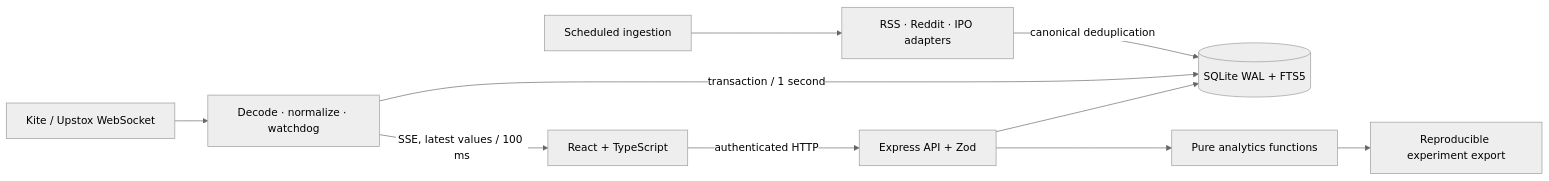
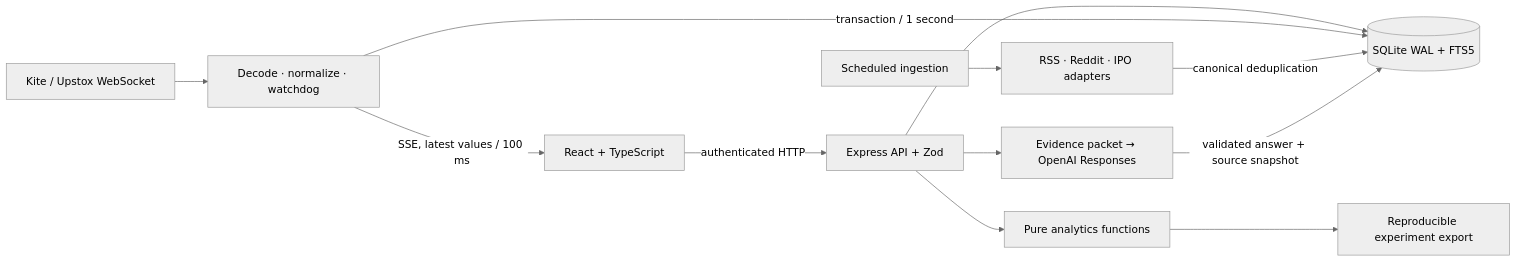
Before and after one commit to ANUJ-DESHPANDE/Hedgeway: the diagram in README.md, drawn with Mermaid (neutral theme). The commit also changed other lines of this file and 41 other files, not shown here.

````diff
--- a/README.md
+++ b/README.md
@@ -58,12 +66,14 @@
 ```mermaid
 flowchart LR
   UI[React + TypeScript] -->|authenticated HTTP| API[Express API + Zod]
   API --> SQL[(SQLite WAL + FTS5)]
   K[Kite / Upstox WebSocket] --> S[Decode · normalize · watchdog]
   S -->|SSE, latest values / 100 ms| UI
   S -->|transaction / 1 second| SQL
   W[Scheduled ingestion] --> R[RSS · Reddit · IPO adapters]
   R -->|canonical deduplication| SQL
+  API --> L[Evidence packet → OpenAI Responses]
+  L -->|validated answer + source snapshot| SQL
   API --> A[Pure analytics functions]
   A --> E[Reproducible experiment export]
 ```
````
